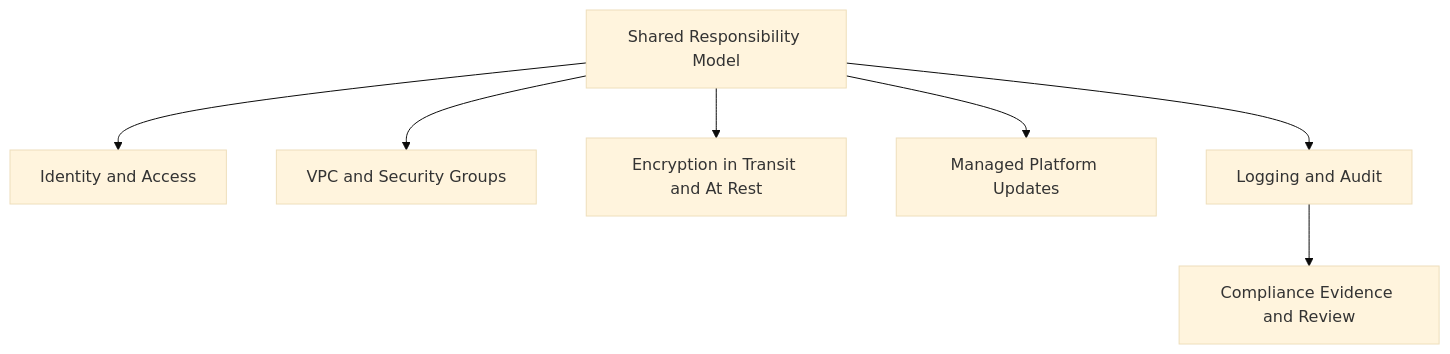
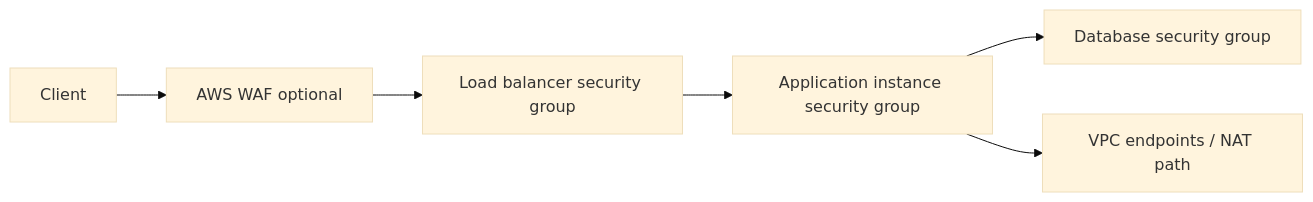
The second of 2 diagrams in docs/platform/security-architecture.md (yeongseon/aws-elastic-beanstalk-practical-guide), drawn with Mermaid (base theme) before and after one commit. The commit also changed other lines of this file and 223 other files, not shown here.

````diff
--- a/docs/platform/security-architecture.md
+++ b/docs/platform/security-architecture.md
@@ -11,9 +90,8 @@
 ```mermaid
-flowchart TB
-    SharedModel[Shared Responsibility Model] --> Identity[Identity and Access]
-    SharedModel --> Network[VPC and Security Groups]
-    SharedModel --> Crypto[Encryption in Transit and At Rest]
-    SharedModel --> Patch[Managed Platform Updates]
-    SharedModel --> Detect[Logging and Audit]
-    Detect --> Compliance[Compliance Evidence and Review]
+flowchart LR
+    Client[Client] --> WAF[AWS WAF optional]
+    WAF --> ALB[Load balancer security group]
+    ALB --> APP[Application instance security group]
+    APP --> DB[Database security group]
+    APP --> EP[VPC endpoints / NAT path]
 ```
````
